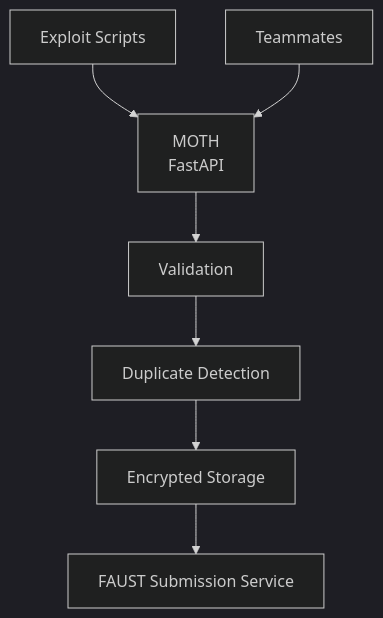
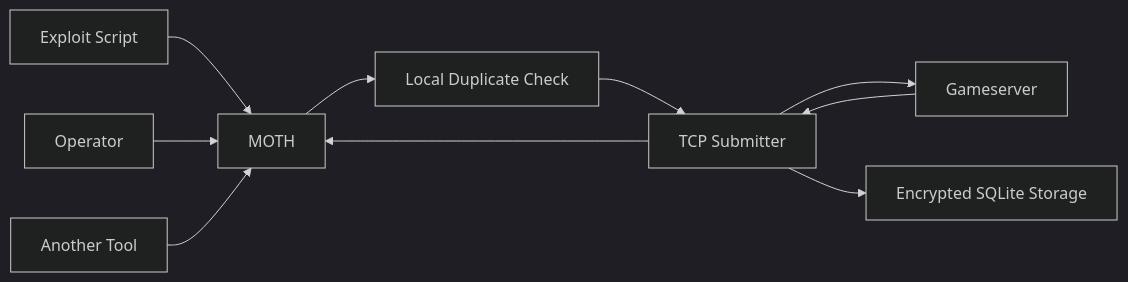
Before and after one commit to Denis-Krueger-labs/MOTH: the first of 12 diagrams in README.md, drawn with Mermaid (dark theme). The commit also changed other lines of this file and 2 other files, not shown here.

````diff
--- a/README.md
+++ b/README.md
@@ -21,15 +97,14 @@
 ```mermaid
-flowchart TD
-    E[Exploit Scripts]
-    T[Teammates]
+flowchart LR
+    A[Exploit Script] --> M[MOTH]
+    B[Operator] --> M
+    C[Another Tool] --> M
 
-    E --> M
-    T --> M
+    M --> D[Local Duplicate Check]
+    D --> S[TCP Submitter]
+    S --> G[Gameserver]
 
-    M[MOTH<br/>FastAPI]
-
-    M --> V[Validation]
-    V --> D[Duplicate Detection]
-    D --> S[Encrypted Storage]
-    S --> F[FAUST Submission Service]
+    G --> S
+    S --> E[Encrypted SQLite Storage]
+    S --> M
 ```
````
